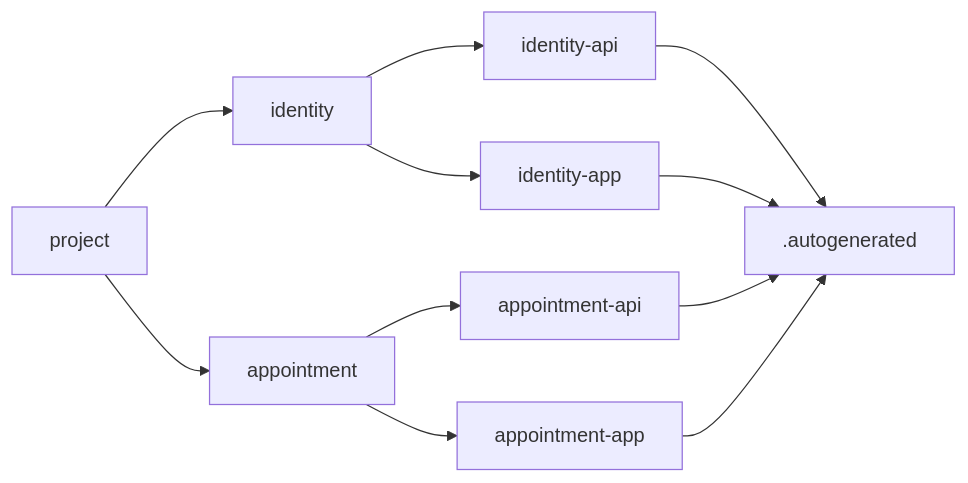
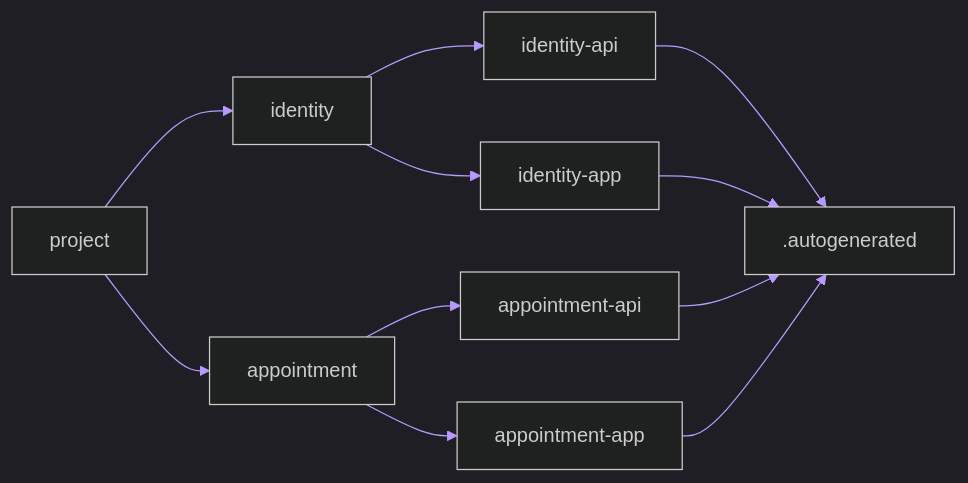
The diagram in README.md (tdk-landscape/tdk-example), drawn with Mermaid before and after one commit. The commit also changed other lines of this file, not shown here.

````diff
--- a/README.md
+++ b/README.md
@@ -71,13 +93,14 @@
 ```mermaid
+%%{init: {'theme': 'dark', 'themeVariables': { 'background': '#07070b', 'primaryColor': '#111118', 'primaryTextColor': '#f7f7f4', 'primaryBorderColor': '#2a2a33', 'lineColor': '#b79aff', 'secondaryColor': '#0c0c12', 'tertiaryColor': '#07070b', 'fontFamily': 'ui-serif, Georgia, serif'}}}%%
 flowchart LR
   P[project] --> I[identity]
   P --> A[appointment]
   I --> IA[identity-api]
   I --> IU[identity-app]
   A --> AA[appointment-api]
   A --> AU[appointment-app]
   IA --> G[".autogenerated"]
   IU --> G
   AA --> G
   AU --> G
 ```
````
